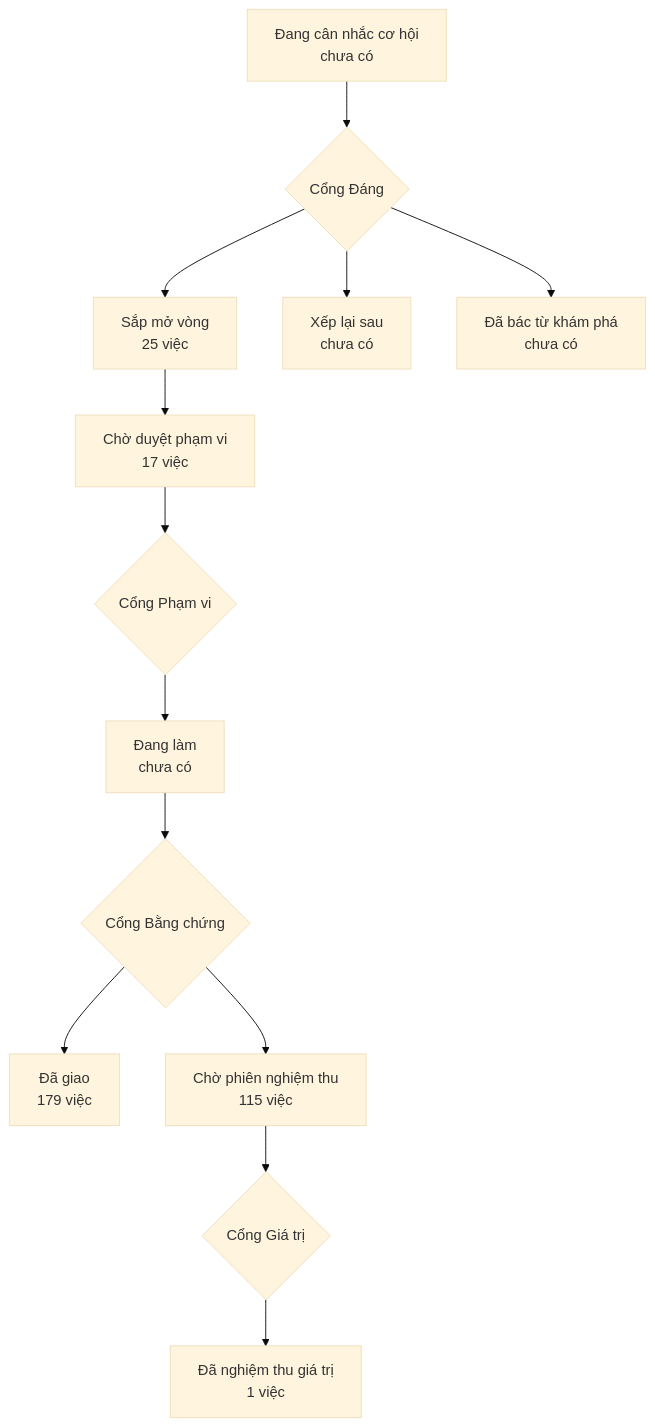
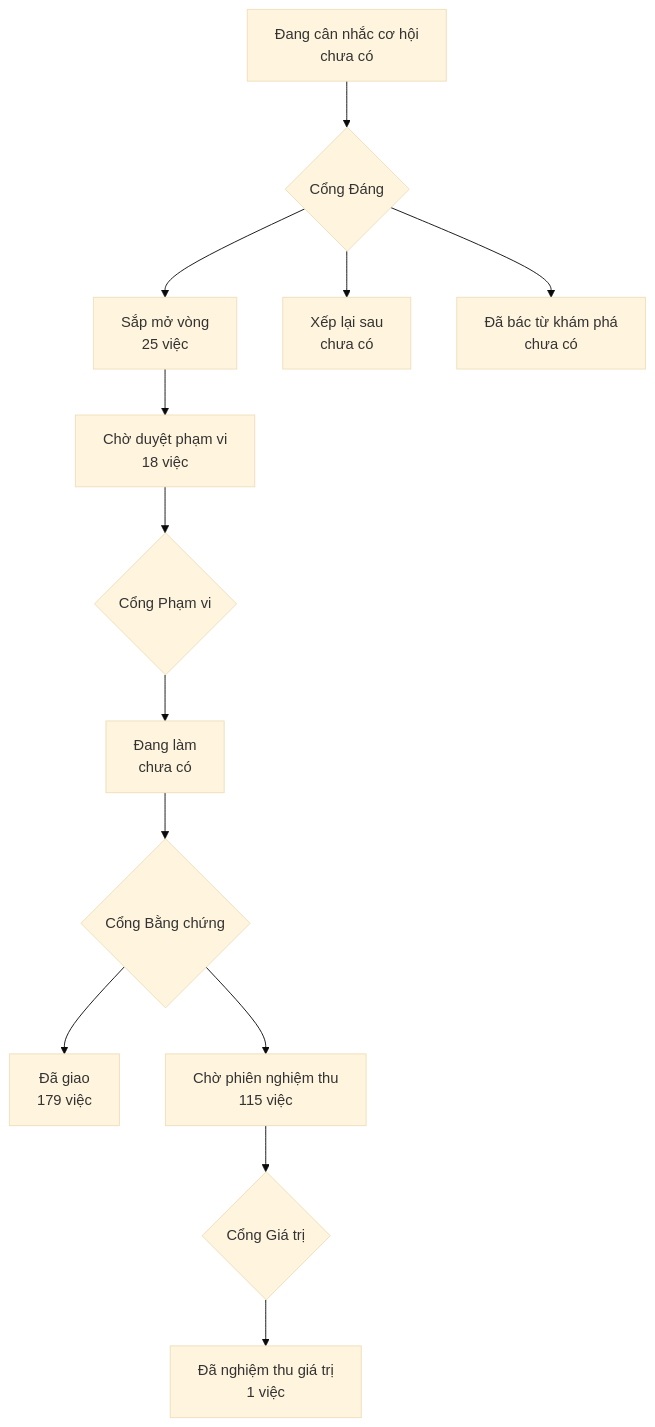
The diagram in PRODUCT-MAP.md (phanlemanh/onehub-invest), drawn with Mermaid (base theme) before and after one commit. The commit also changed other lines of this file and 13 other files, not shown here.

Commit message:
feat(acceptance): DA30 stg-du-an-s08 — thiết kế, hợp đồng, evals, phản biện (Cổng Phạm vi)

````diff
--- a/PRODUCT-MAP.md
+++ b/PRODUCT-MAP.md
@@ -7,12 +7,12 @@
 ```mermaid
 flowchart TD
   A["Đang cân nhắc cơ hội<br/>chưa có"] --> GD{"Cổng Đáng"}
   GD --> B["Sắp mở vòng<br/>25 việc"]
   GD --> XL["Xếp lại sau<br/>chưa có"]
   GD --> DB["Đã bác từ khám phá<br/>chưa có"]
-  B --> CD["Chờ duyệt phạm vi<br/>17 việc"] --> GP{"Cổng Phạm vi"}
+  B --> CD["Chờ duyệt phạm vi<br/>18 việc"] --> GP{"Cổng Phạm vi"}
   GP --> DL["Đang làm<br/>chưa có"] --> GB{"Cổng Bằng chứng"}
   GB --> DG["Đã giao<br/>179 việc"]
   GB --> CN["Chờ phiên nghiệm thu<br/>115 việc"] --> GG{"Cổng Giá trị"}
   GG --> NT["Đã nghiệm thu giá trị<br/>1 việc"]
 ```
````
